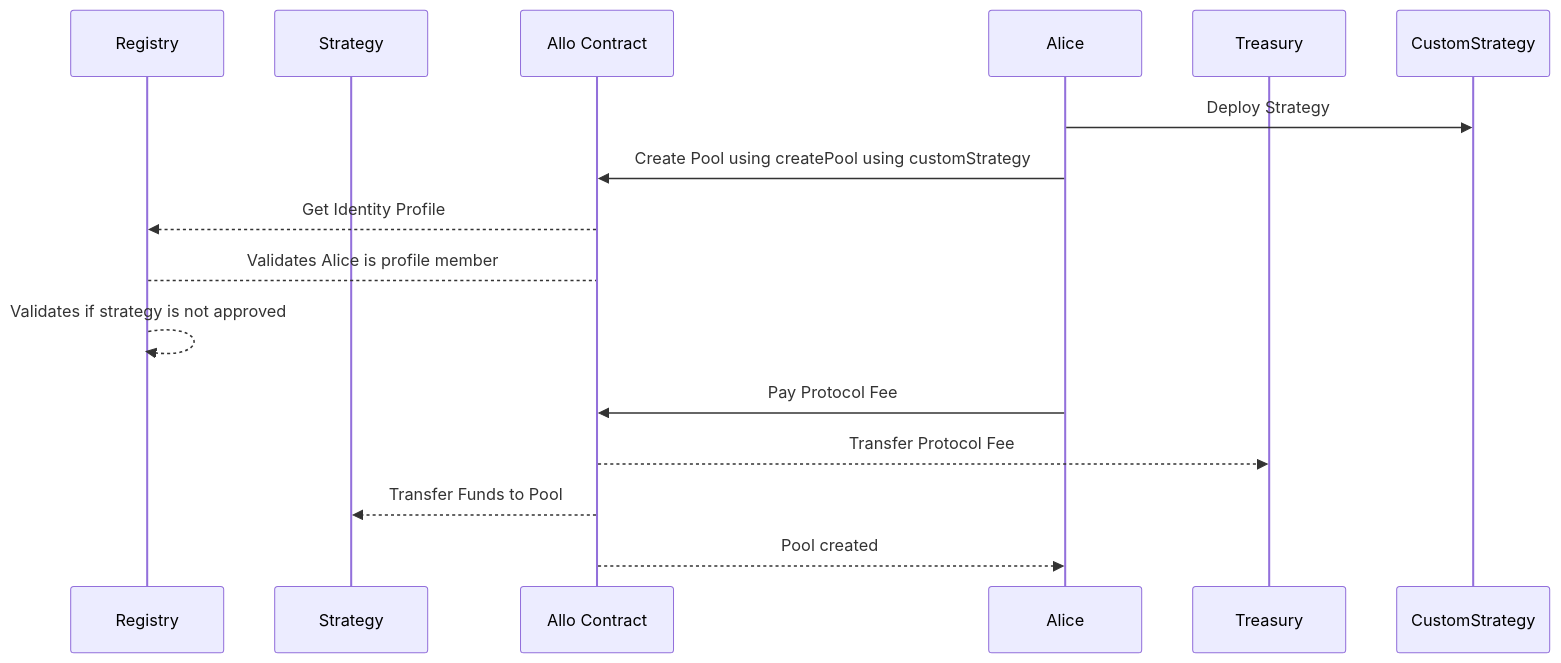
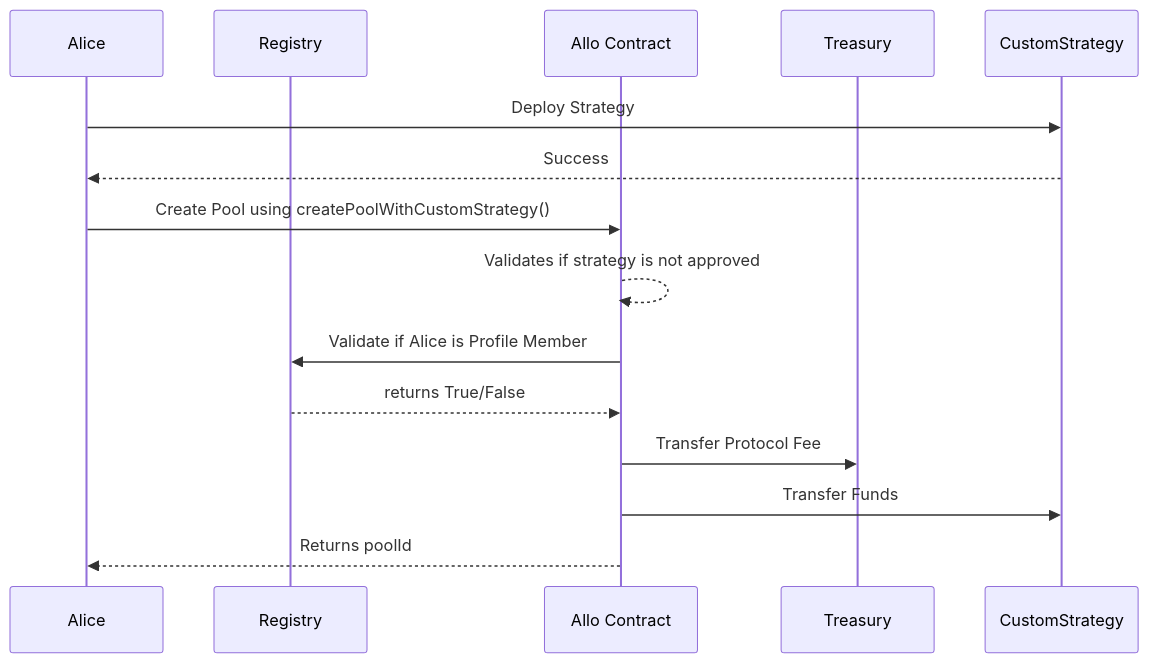
Before and after one commit to allo-protocol/allo-v2: the second of 8 diagrams in contracts/readme/Allo.md, drawn with Mermaid. The commit also changed other lines of this file, not shown here.

````diff
--- a/contracts/readme/Allo.md
+++ b/contracts/readme/Allo.md
@@ -170,18 +171,18 @@
 ```mermaid
 sequenceDiagram
+    participant Alice as Alice
     participant Registry as Registry
-    participant Strategy as Strategy
     participant Allo as Allo Contract
-    participant Alice as Alice
     participant Treasury as Treasury
+    participant CustomStrategy as CustomStrategy
 
     Alice->>CustomStrategy: Deploy Strategy
-    Alice->>Allo: Create Pool using createPool using customStrategy
-    Allo-->>Registry: Get Identity Profile
-    Registry-->Allo: Validates Alice is profile member
-    Registry-->>Registry: Validates if strategy is not approved
-    Alice->>Allo: Pay Protocol Fee
-    Allo-->>Treasury: Transfer Protocol Fee
-    Allo-->>Strategy: Transfer Funds to Pool
-    Allo-->>Alice: Pool created
+    CustomStrategy-->>Alice: Success
+    Alice->>Allo: Create Pool using createPoolWithCustomStrategy()
+    Allo-->>Allo: Validates if strategy is not approved
+    Allo->>Registry: Validate if Alice is Profile Member
+    Registry-->>Allo: returns True/False
+    Allo->>Treasury: Transfer Protocol Fee
+    Allo->>CustomStrategy: Transfer Funds
+    Allo-->>Alice: Returns poolId
 ```
````
